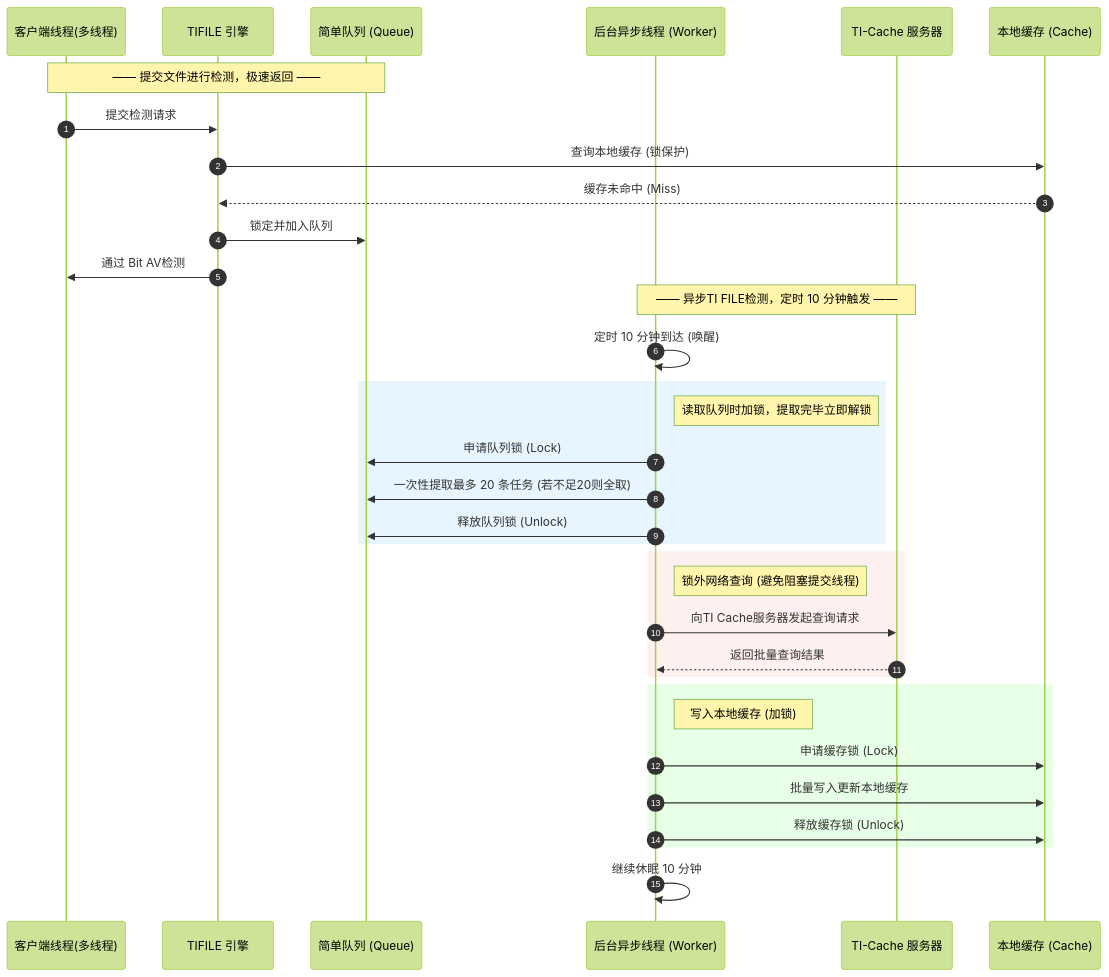
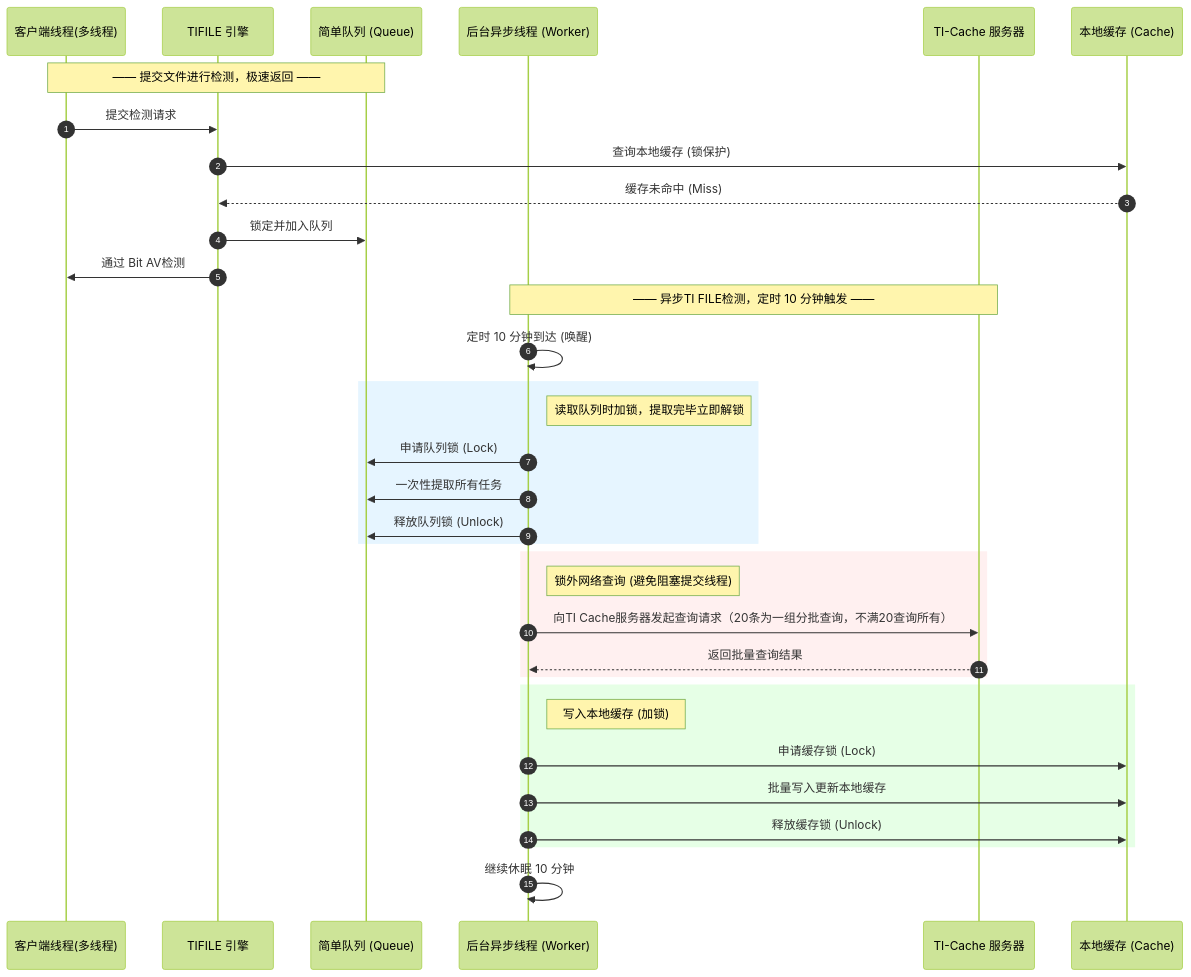
One commit to hanlinjay/my_exam changed the diagram in README.md. Above: the diagram before and after it, drawn with Mermaid (forest theme).

````diff
--- a/README.md
+++ b/README.md
@@ -1,41 +1,41 @@
 ```mermaid
 sequenceDiagram
     autonumber
     participant Client as 客户端线程(多线程)
     participant TIFILE as TIFILE 引擎
     participant Queue as 简单队列 (Queue)
     participant Async as 后台异步线程 (Worker)
     participant TICache as TI-Cache 服务器
     participant Cache as 本地缓存 (Cache)
 
     Note over Client, Queue: —— 提交文件进行检测，极速返回 ——
     Client->>TIFILE: 提交检测请求
     TIFILE->>Cache: 查询本地缓存 (锁保护)
     Cache-->>TIFILE: 缓存未命中 (Miss)
     TIFILE->>Queue: 锁定并加入队列 
     TIFILE->>Client: 通过 Bit AV检测
     
     Note over Async, TICache: —— 异步TI FILE检测，定时 10 分钟触发 ——
     Async->>Async: 定时 10 分钟到达 (唤醒)
     rect rgb(230, 245, 255)
         Note right of Async: 读取队列时加锁，提取完毕立即解锁
         Async->>Queue: 申请队列锁 (Lock)
-        Async->>Queue: 一次性提取最多 20 条任务 (若不足20则全取)
+        Async->>Queue: 一次性提取所有任务 
         Async->>Queue: 释放队列锁 (Unlock)
     end
     
     rect rgb(255, 240, 240)
         Note right of Async: 锁外网络查询 (避免阻塞提交线程)
-        Async->>TICache: 向TI Cache服务器发起查询请求
+        Async->>TICache: 向TI Cache服务器发起查询请求（20条为一组分批查询，不满20查询所有）
         TICache-->>Async: 返回批量查询结果
     end
 
     rect rgb(230, 255, 230)
         Note right of Async: 写入本地缓存 (加锁)
         Async->>Cache: 申请缓存锁 (Lock)
         Async->>Cache: 批量写入更新本地缓存
         Async->>Cache: 释放缓存锁 (Unlock)
     end
     
     Async->>Async: 继续休眠 10 分钟
 ```
````
